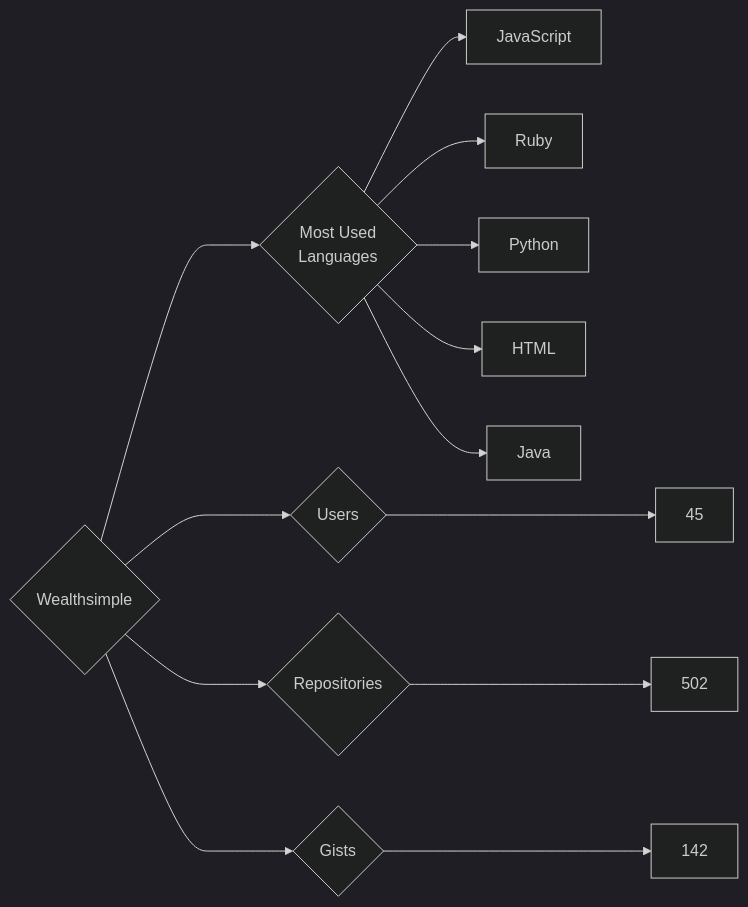
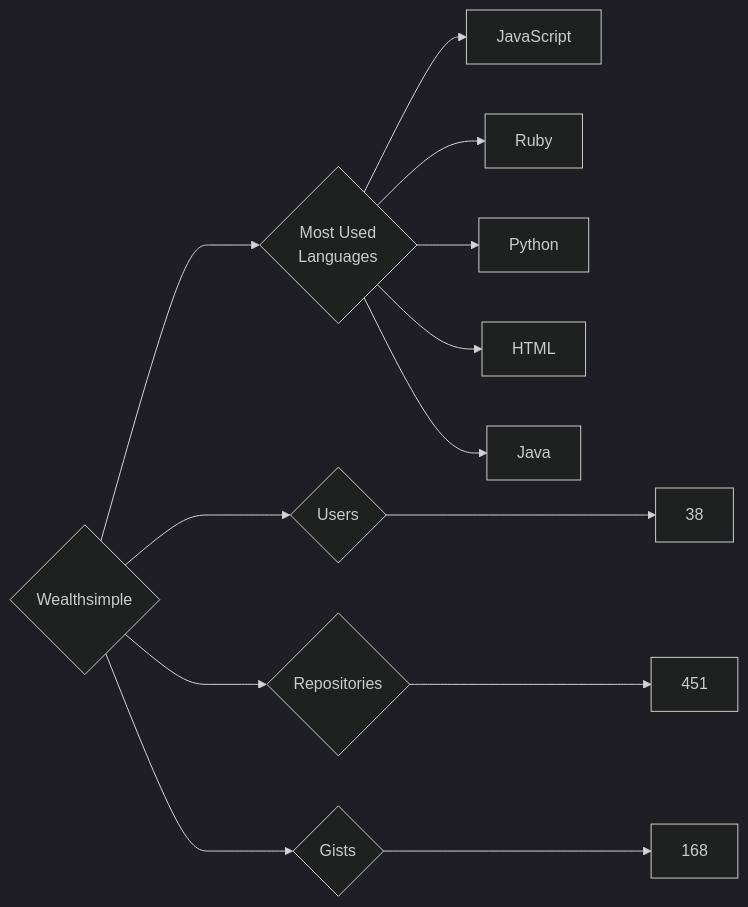
One commit to trickest/insiders changed the diagram in targets/Wealthsimple/README.md. Above: the diagram before and after it, drawn with Mermaid (dark theme). The commit also changed 835 other files, not shown here.

````diff
--- a/targets/Wealthsimple/README.md
+++ b/targets/Wealthsimple/README.md
@@ -3,13 +3,13 @@
 ```mermaid
 graph LR
 COMPANY_NAME{Wealthsimple}
-COMPANY_NAME ---> U{Users} ---> UN[45]
-COMPANY_NAME ---> R{Repositories} ---> RN[502]
-COMPANY_NAME ---> G{Gists} ---> GN[142]
+COMPANY_NAME ---> U{Users} ---> UN[38]
+COMPANY_NAME ---> R{Repositories} ---> RN[451]
+COMPANY_NAME ---> G{Gists} ---> GN[168]
 COMPANY_NAME ---> ML{Most Used<br>Languages}
 ML --> JavaScript[JavaScript]
 ML --> Ruby[Ruby]
 ML --> Python[Python]
 ML --> HTML[HTML]
 ML --> Java[Java]
 ```
````
